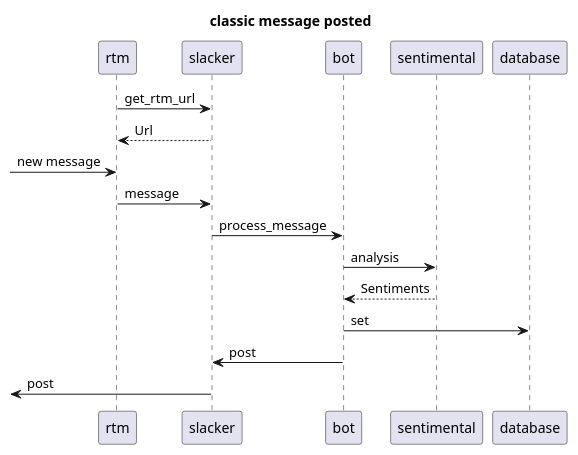
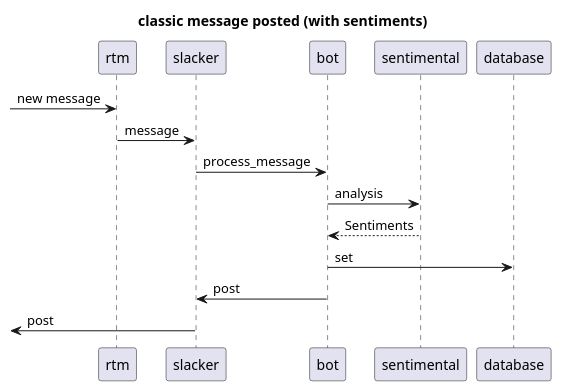
One commit to chlablak/slack-sentimental-bot changed the diagram in res/classic-message.plantuml. Above: the diagram before and after it, drawn with PlantUML. The commit also changed 7 other files, not shown here.

```diff
--- a/res/classic-message.plantuml
+++ b/res/classic-message.plantuml
@@ -1,18 +1,15 @@
 @startuml
 
-title classic message posted
-
-rtm -> slacker : get_rtm_url
-slacker --> rtm : Url
+title classic message posted (with sentiments)
 
 -> rtm : new message
 rtm -> slacker : message
 slacker -> bot : process_message
 
 bot -> sentimental : analysis
 sentimental --> bot : Sentiments
 bot -> database : set
 bot -> slacker : post
 <- slacker : post
 
 @enduml
```
